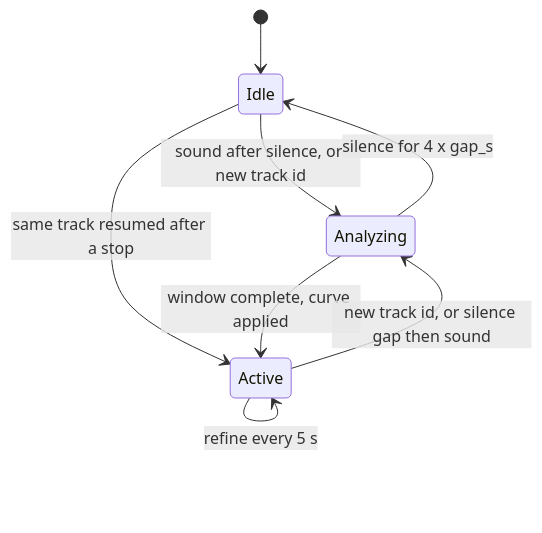
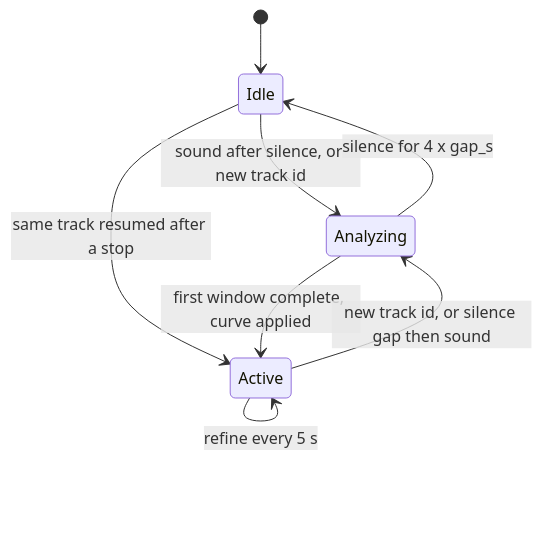
Before and after one commit to rizqyep/leungo: the second of 2 diagrams in TECHNICAL.md, drawn with Mermaid. The commit also changed other lines of this file and 4 other files, not shown here.

First line of the commit message:
Rewrite README and TECHNICAL.md, add ROADMAP.md and screenshots

````diff
--- a/TECHNICAL.md
+++ b/TECHNICAL.md
@@ -114,10 +445,10 @@
 ```mermaid
 stateDiagram-v2
     [*] --> Idle
     Idle --> Analyzing: sound after silence, or new track id
     Idle --> Active: same track resumed after a stop
-    Analyzing --> Active: window complete, curve applied
+    Analyzing --> Active: first window complete, curve applied
     Analyzing --> Idle: silence for 4 x gap_s
     Active --> Analyzing: new track id, or silence gap then sound
     Active --> Active: refine every 5 s
 ```
````
